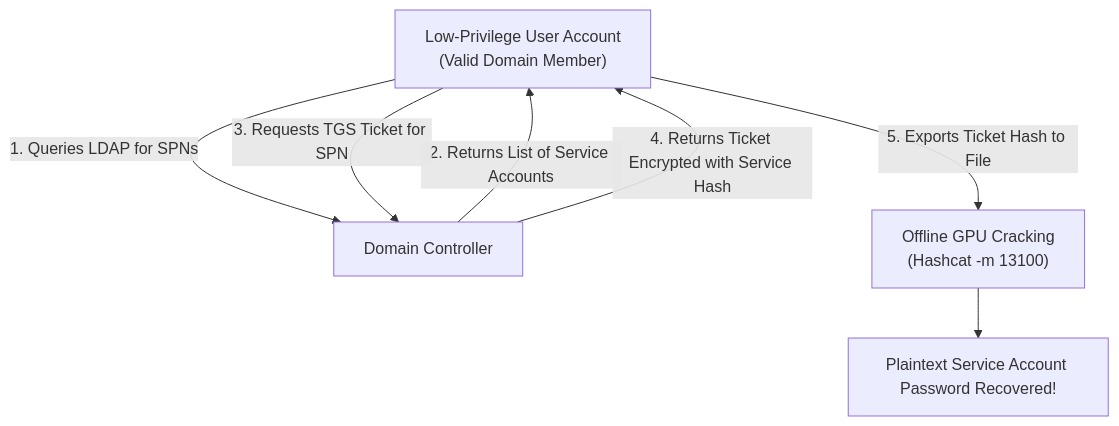
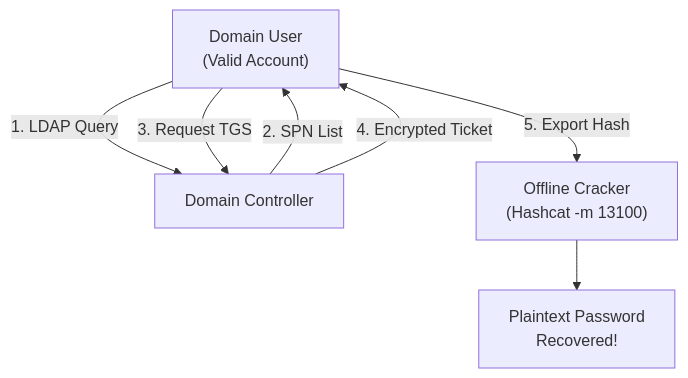
Before and after one commit to DaddyZyn/Cyber-security-notes: the second of 2 diagrams in topics/27-active-directory-kerberos-and-credential-access/README.md, drawn with Mermaid. The commit also changed other lines of this file and 7 other files, not shown here.

Commit message:
fix: reformat all diagrams in modules 20-27 with ultra-short line wrapping to prevent GitHub SVG text clipping

````diff
--- a/topics/27-active-directory-kerberos-and-credential-access/README.md
+++ b/topics/27-active-directory-kerberos-and-credential-access/README.md
@@ -57,9 +57,9 @@
 ```mermaid
 flowchart TD
-    User["Low-Privilege User Account<br/>(Valid Domain Member)"] -->|1. Queries LDAP for SPNs| DC["Domain Controller"]
-    DC -->|2. Returns List of Service Accounts| User
-    User -->|3. Requests TGS Ticket for SPN| DC
-    DC -->|4. Returns Ticket Encrypted with Service Hash| User
-    User -->|5. Exports Ticket Hash to File| GPU["Offline GPU Cracking<br/>(Hashcat -m 13100)"]
-    GPU --> Pwd["Plaintext Service Account Password Recovered!"]
+    User["Domain User<br/>(Valid Account)"] -->|1. LDAP Query| DC["Domain Controller"]
+    DC -->|2. SPN List| User
+    User -->|3. Request TGS| DC
+    DC -->|4. Encrypted Ticket| User
+    User -->|5. Export Hash| GPU["Offline Cracker<br/>(Hashcat -m 13100)"]
+    GPU --> Pwd["Plaintext Password<br/>Recovered!"]
 ```
````
